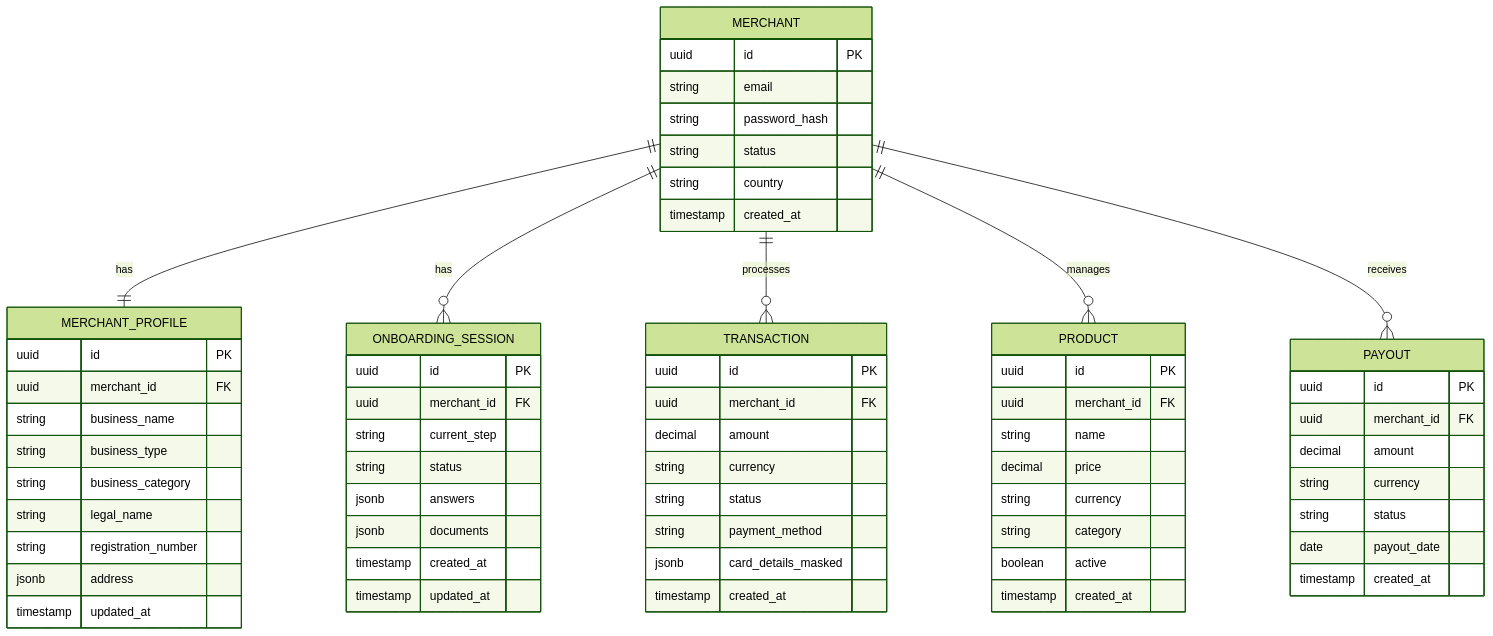
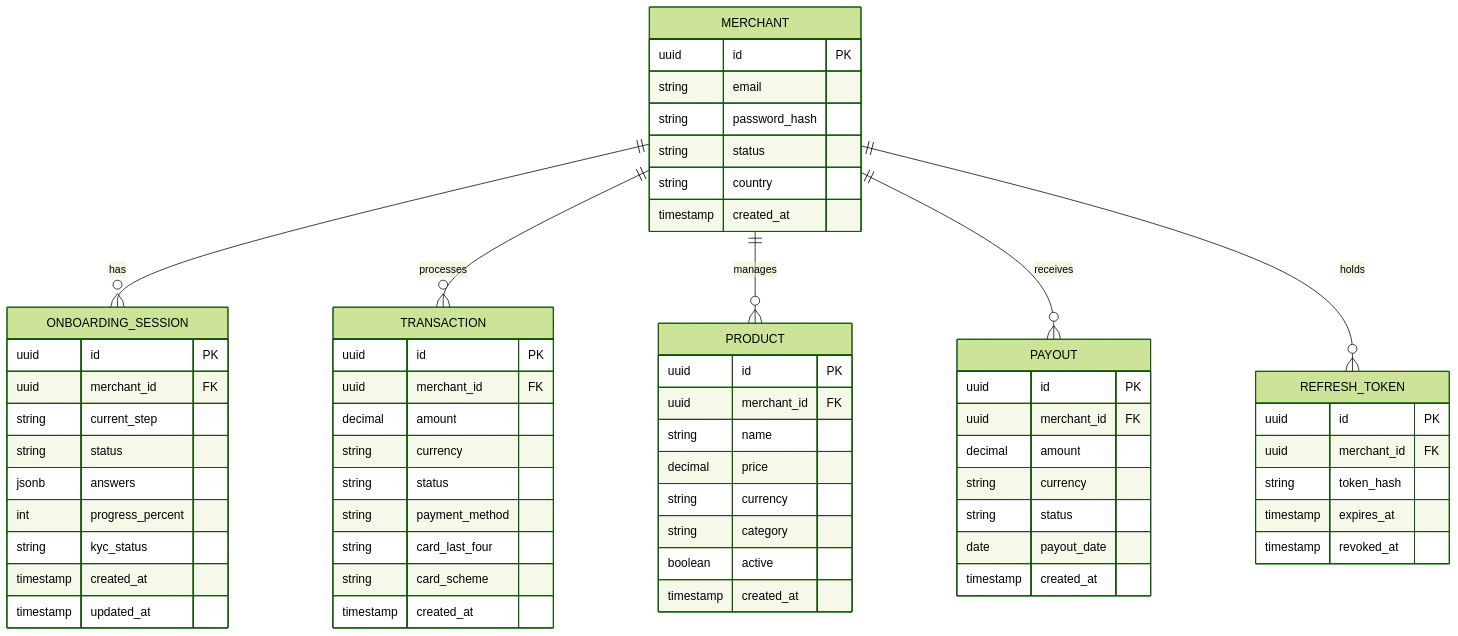
Before and after one commit to slavasolodkiy/SumUp: the second of 4 diagrams in docs/architecture/architecture-diagram.md, drawn with Mermaid (forest theme). The commit also changed other lines of this file and 8 other files, not shown here.

````diff
--- a/docs/architecture/architecture-diagram.md
+++ b/docs/architecture/architecture-diagram.md
@@ -128,72 +104,70 @@
 ```mermaid
 erDiagram
     MERCHANT {
         uuid id PK
         string email
         string password_hash
         string status
         string country
         timestamp created_at
     }
 
-    MERCHANT_PROFILE {
-        uuid id PK
-        uuid merchant_id FK
-        string business_name
-        string business_type
-        string business_category
-        string legal_name
-        string registration_number
-        jsonb address
-        timestamp updated_at
-    }
-
     ONBOARDING_SESSION {
         uuid id PK
         uuid merchant_id FK
         string current_step
         string status
         jsonb answers
-        jsonb documents
+        int progress_percent
+        string kyc_status
         timestamp created_at
         timestamp updated_at
     }
 
     TRANSACTION {
         uuid id PK
         uuid merchant_id FK
         decimal amount
         string currency
         string status
         string payment_method
-        jsonb card_details_masked
+        string card_last_four
+        string card_scheme
         timestamp created_at
     }
 
     PRODUCT {
         uuid id PK
         uuid merchant_id FK
         string name
         decimal price
         string currency
         string category
         boolean active
         timestamp created_at
     }
 
     PAYOUT {
         uuid id PK
         uuid merchant_id FK
         decimal amount
         string currency
         string status
         date payout_date
         timestamp created_at
     }
 
-    MERCHANT ||--|| MERCHANT_PROFILE : has
+    REFRESH_TOKEN {
+        uuid id PK
+        uuid merchant_id FK
+        string token_hash
+        timestamp expires_at
+        timestamp revoked_at
+    }
+
     MERCHANT ||--o{ ONBOARDING_SESSION : has
     MERCHANT ||--o{ TRANSACTION : processes
     MERCHANT ||--o{ PRODUCT : manages
     MERCHANT ||--o{ PAYOUT : receives
+    MERCHANT ||--o{ REFRESH_TOKEN : holds
 ```
````
